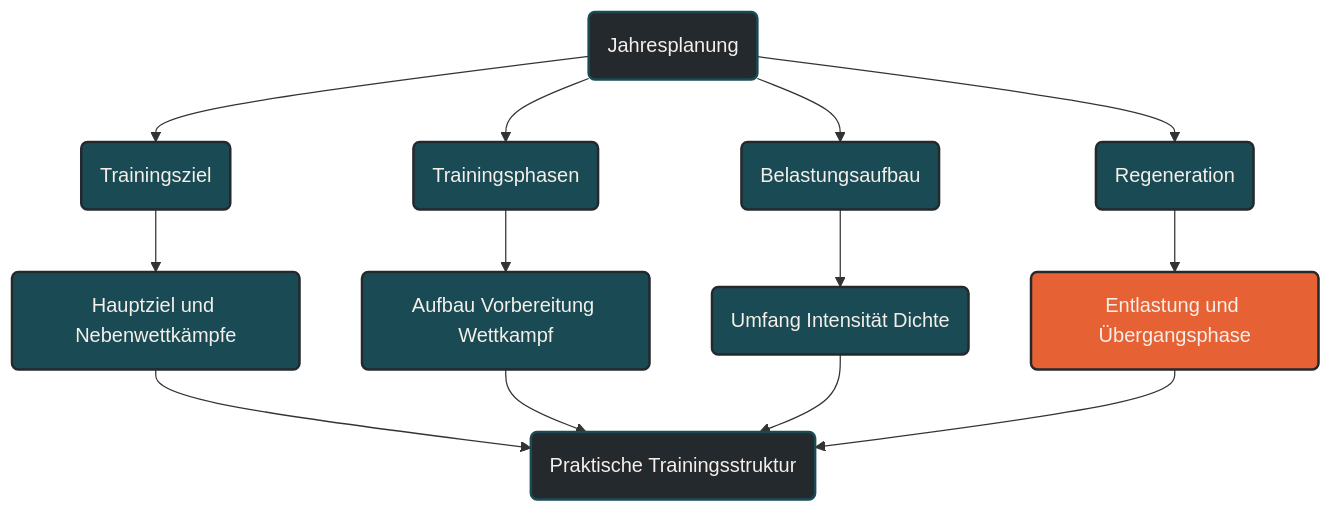
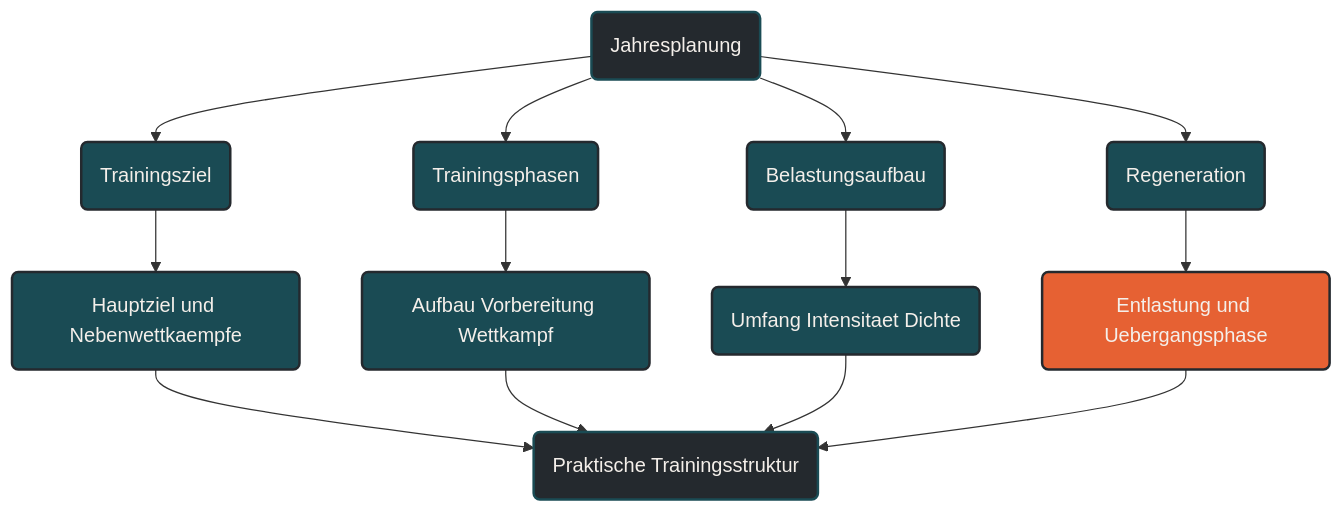
One commit to Quixos40K/ausdauersport-typemill changed the diagram in content/00-ausdauersport/00-trainingswissenschaft/03-trainingsplanung/01-jahresplanung.md. Above: the diagram before and after it, drawn with Mermaid. The commit also changed other lines of this file, not shown here.

````diff
--- a/content/00-ausdauersport/00-trainingswissenschaft/03-trainingsplanung/01-jahresplanung.md
+++ b/content/00-ausdauersport/00-trainingswissenschaft/03-trainingsplanung/01-jahresplanung.md
@@ -93,33 +93,33 @@
 ```mermaid
 graph TD
     A(Jahresplanung) --> B(Trainingsziel)
     A --> C(Trainingsphasen)
     A --> D(Belastungsaufbau)
     A --> E(Regeneration)
 
-    B --> F(Hauptziel und Nebenwettkämpfe)
+    B --> F(Hauptziel und Nebenwettkaempfe)
     C --> G(Aufbau Vorbereitung Wettkampf)
-    D --> H(Umfang Intensität Dichte)
-    E --> I(Entlastung und Übergangsphase)
+    D --> H(Umfang Intensitaet Dichte)
+    E --> I(Entlastung und Uebergangsphase)
 
     F --> J(Praktische Trainingsstruktur)
     G --> J
     H --> J
     I --> J
 
     classDef default fill:#F4EFEA,stroke:#1A4B54,stroke-width:2px,color:#24292E;
     classDef primary fill:#1A4B54,stroke:#24292E,stroke-width:2px,color:#F4EFEA;
     classDef highlight fill:#E66133,stroke:#24292E,stroke-width:2px,color:#F4EFEA;
     classDef dark fill:#24292E,stroke:#1A4B54,stroke-width:2px,color:#F4EFEA;
 
     class A dark;
     class B primary;
     class C primary;
     class D primary;
     class E primary;
     class F primary;
     class G primary;
     class H primary;
     class I highlight;
     class J dark;
 ```
````
